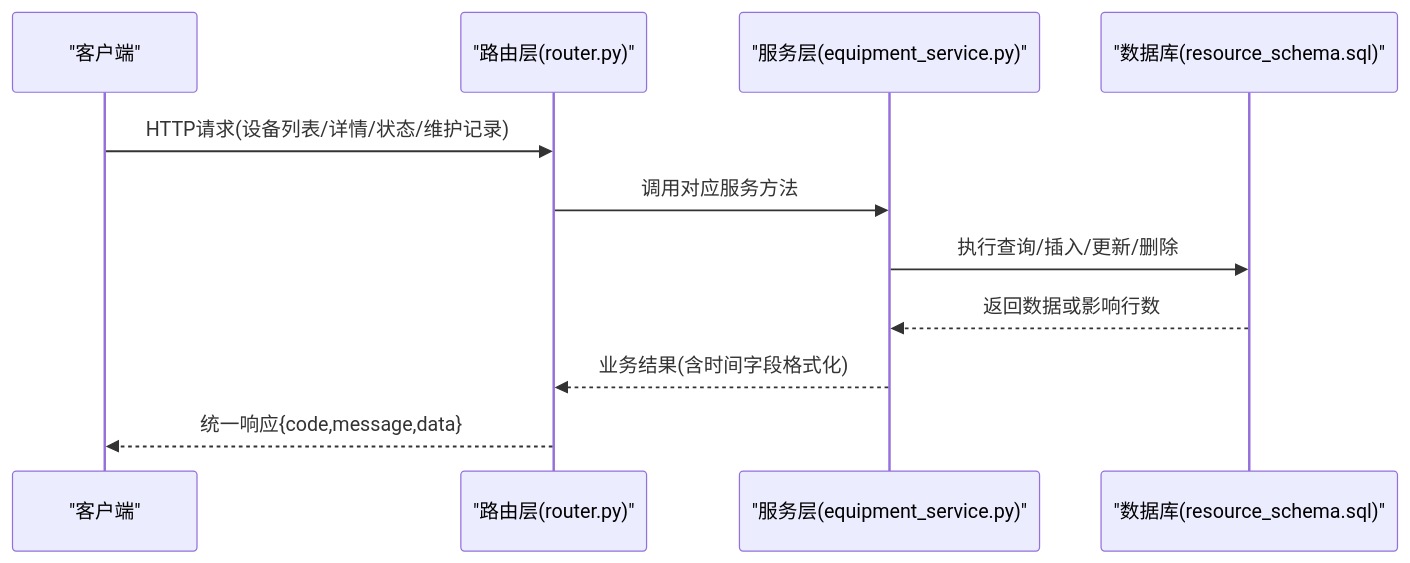
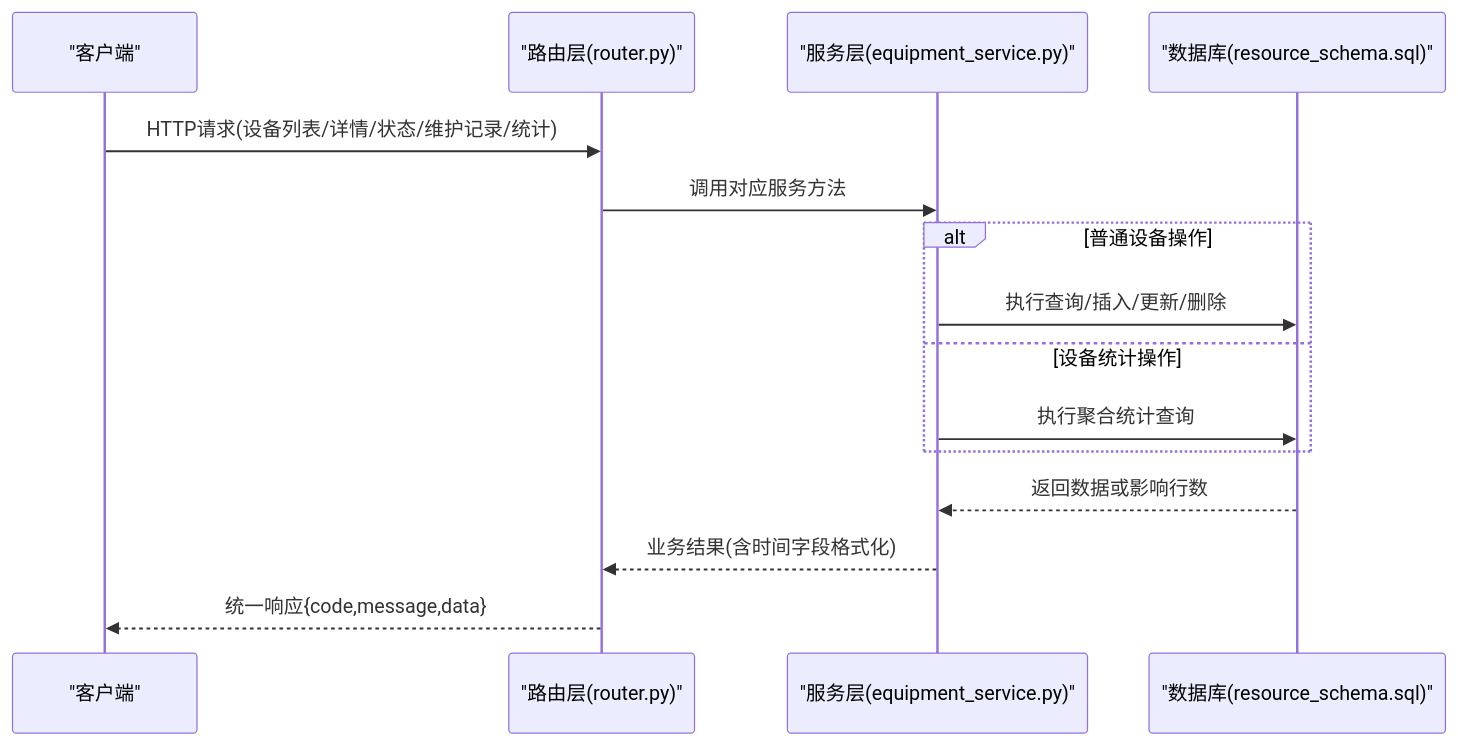
Before and after one commit to JiaStan/shizhi_system_df: the second of 3 diagrams in .qoder/repowiki/zh/content/API接口文档/资源管理API/设备管理API.md, drawn with Mermaid. The commit also changed other lines of this file and 53 other files, not shown here.

````diff
--- a/.qoder/repowiki/zh/content/API接口文档/资源管理API/设备管理API.md
+++ b/.qoder/repowiki/zh/content/API接口文档/资源管理API/设备管理API.md
@@ -62,13 +71,17 @@
 ```mermaid
 sequenceDiagram
 participant C as "客户端"
 participant R as "路由层(router.py)"
 participant S as "服务层(equipment_service.py)"
 participant D as "数据库(resource_schema.sql)"
-C->>R : HTTP请求(设备列表/详情/状态/维护记录)
+C->>R : HTTP请求(设备列表/详情/状态/维护记录/统计)
 R->>S : 调用对应服务方法
+alt 普通设备操作
 S->>D : 执行查询/插入/更新/删除
+else 设备统计操作
+S->>D : 执行聚合统计查询
+end
 D-->>S : 返回数据或影响行数
 S-->>R : 业务结果(含时间字段格式化)
 R-->>C : 统一响应{code,message,data}
 ```
````
